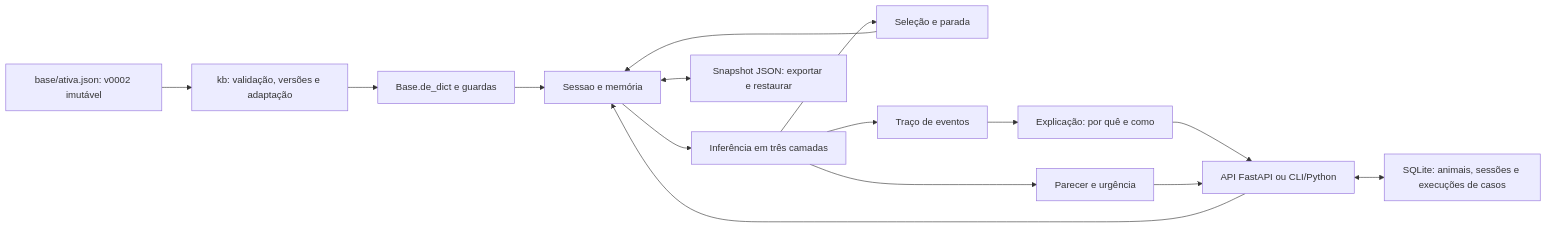
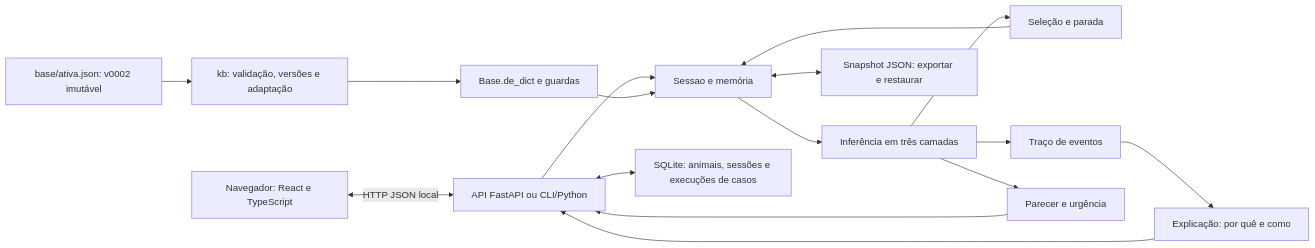
The diagram in docs/entrega/02-arquitetura.md (Caio-Augusto-Paiva/HackAthon), drawn with Mermaid before and after one commit. The commit also changed other lines of this file and 443 other files, not shown here.

````diff
--- a/docs/entrega/02-arquitetura.md
+++ b/docs/entrega/02-arquitetura.md
@@ -7,17 +7,18 @@
 ```mermaid
 flowchart LR
+    W[Navegador: React e TypeScript] <-->|HTTP JSON local| C
     J[base/ativa.json: v0002 imutável] --> K[kb: validação, versões e adaptação]
     K --> V[Base.de_dict e guardas]
     C[API FastAPI ou CLI/Python] --> S[Sessao e memória]
     V --> S
     S --> I[Inferência em três camadas]
     I --> Q[Seleção e parada]
     Q --> S
     I --> T[Traço de eventos]
     T --> E[Explicação: por quê e como]
     I --> P[Parecer e urgência]
     E --> C
     P --> C
     S <--> R[Snapshot JSON: exportar e restaurar]
     C <--> D[SQLite: animais, sessões e execuções de casos]
 ```
````
